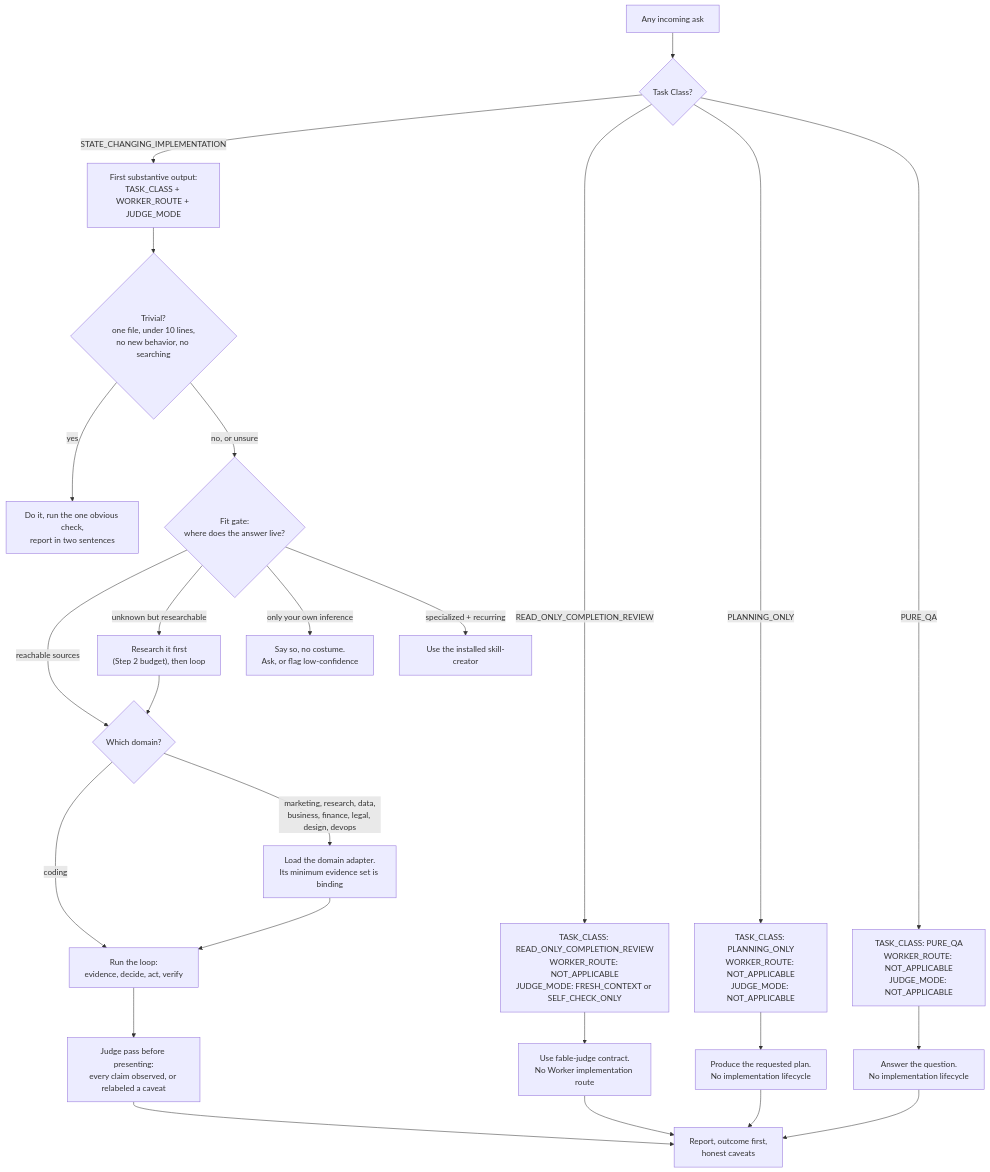
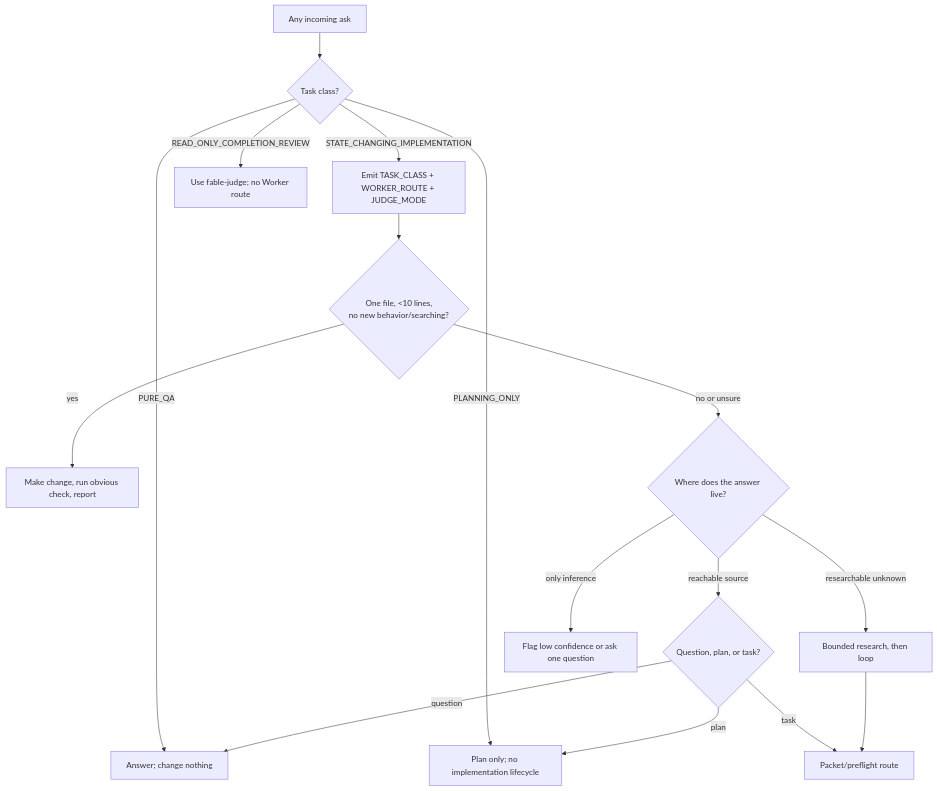
One commit to kelvinhuang0327/skill changed the first of 5 diagrams in fable-method/platforms/codex/fable-method/references/flowcharts.md. Above: the diagram before and after it, drawn with Mermaid. The commit also changed other lines of this file and 63 other files, not shown here.

````diff
--- a/fable-method/platforms/codex/fable-method/references/flowcharts.md
+++ b/fable-method/platforms/codex/fable-method/references/flowcharts.md
@@ -7,27 +16,18 @@
 ```mermaid
 flowchart TD
-    IN["Any incoming ask"] --> TC{"Task Class?"}
-    TC -->|"STATE_CHANGING_IMPLEMENTATION"| OI["First substantive output:<br/>TASK_CLASS + WORKER_ROUTE + JUDGE_MODE"]
-    TC -->|"READ_ONLY_COMPLETION_REVIEW"| OR["TASK_CLASS: READ_ONLY_COMPLETION_REVIEW<br/>WORKER_ROUTE: NOT_APPLICABLE<br/>JUDGE_MODE: FRESH_CONTEXT or SELF_CHECK_ONLY"]
-    TC -->|"PLANNING_ONLY"| OP["TASK_CLASS: PLANNING_ONLY<br/>WORKER_ROUTE: NOT_APPLICABLE<br/>JUDGE_MODE: NOT_APPLICABLE"]
-    TC -->|"PURE_QA"| OQ["TASK_CLASS: PURE_QA<br/>WORKER_ROUTE: NOT_APPLICABLE<br/>JUDGE_MODE: NOT_APPLICABLE"]
-    OI --> TRIV{"Trivial?<br/>one file, under 10 lines,<br/>no new behavior, no searching"}
-    OR --> J["Use fable-judge contract.<br/>No Worker implementation route"]
-    OP --> PLANF["Produce the requested plan.<br/>No implementation lifecycle"]
-    OQ --> ASSESS["Answer the question.<br/>No implementation lifecycle"]
-    TRIV -->|yes| DOIT["Do it, run the one obvious check,<br/>report in two sentences"]
-    TRIV -->|"no, or unsure"| FIT{"Fit gate:<br/>where does the answer live?"}
-    FIT -->|"reachable sources"| DOM{"Which domain?"}
-    FIT -->|"unknown but researchable"| RES["Research it first<br/>(Step 2 budget), then loop"]
-    FIT -->|"only your own inference"| INFER["Say so, no costume.<br/>Ask, or flag low-confidence"]
-    FIT -->|"specialized + recurring"| MK["Use the installed skill-creator"]
-    RES --> DOM
-    DOM -->|coding| LOOP2["Run the loop:<br/>evidence, decide, act, verify"]
-    DOM -->|"marketing, research, data,<br/>business, finance, legal, design, devops"| ADAPT["Load the domain adapter.<br/>Its minimum evidence set is binding"]
-    ADAPT --> LOOP2
-    LOOP2 --> JPASS["Judge pass before presenting:<br/>every claim observed, or relabeled a caveat"]
-    J --> OUT
-    PLANF --> OUT
-    ASSESS --> OUT
-    JPASS --> OUT["Report, outcome first,<br/>honest caveats"]
+    IN["Any incoming ask"] --> TC{"Task class?"}
+    TC -->|"STATE_CHANGING_IMPLEMENTATION"| OUT["Emit TASK_CLASS + WORKER_ROUTE + JUDGE_MODE"]
+    TC -->|"READ_ONLY_COMPLETION_REVIEW"| J["Use fable-judge; no Worker route"]
+    TC -->|"PLANNING_ONLY"| P["Plan only; no implementation lifecycle"]
+    TC -->|"PURE_QA"| Q["Answer; change nothing"]
+    OUT --> TRIV{"One file, <10 lines,<br/>no new behavior/searching?"}
+    TRIV -->|yes| FAST["Make change, run obvious check, report"]
+    TRIV -->|no or unsure| FIT{"Where does the answer live?"}
+    FIT -->|"reachable source"| SHAPE{"Question, plan, or task?"}
+    FIT -->|"researchable unknown"| RES["Bounded research, then loop"]
+    FIT -->|"only inference"| INF["Flag low confidence or ask one question"]
+    SHAPE -->|question| Q
+    SHAPE -->|plan| P
+    SHAPE -->|task| ROUTE["Packet/preflight route"]
+    RES --> ROUTE
 ```
````
